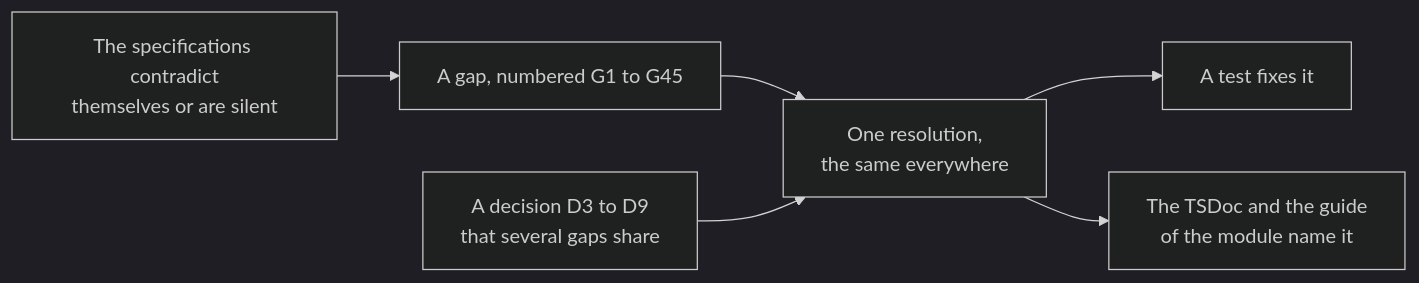
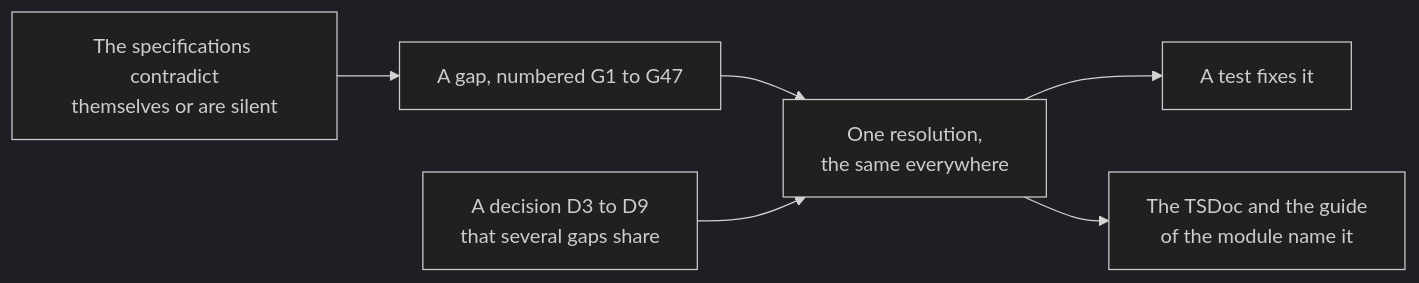
The diagram in docs/runtime/spec-gaps.md (assesskit/assesskit), drawn with Mermaid (dark theme) before and after one commit. The commit also changed other lines of this file and 6 other files, not shown here.

````diff
--- a/docs/runtime/spec-gaps.md
+++ b/docs/runtime/spec-gaps.md
@@ -10,8 +10,8 @@
 ```mermaid
 flowchart LR
-  gap["The specifications contradict<br/>themselves or are silent"] --> number["A gap, numbered G1 to G45"]
+  gap["The specifications contradict<br/>themselves or are silent"] --> number["A gap, numbered G1 to G47"]
   number --> resolution["One resolution,<br/>the same everywhere"]
   decision["A decision D3 to D9<br/>that several gaps share"] --> resolution
   resolution --> test["A test fixes it"]
   resolution --> docs["The TSDoc and the guide<br/>of the module name it"]
 ```
````
